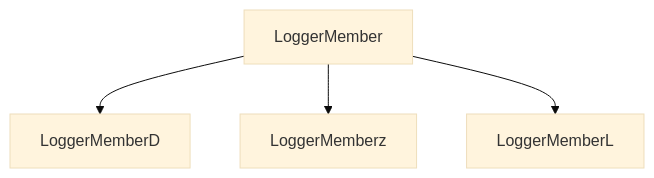
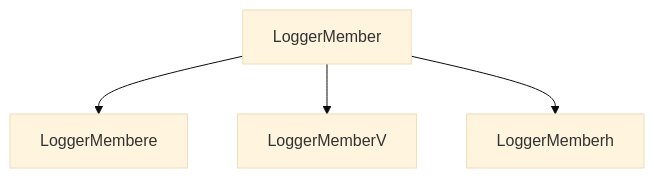
The diagram in mermaid.md (ellementul/uee-core), drawn with Mermaid (base theme) before and after one commit. The commit also changed 6 other files, not shown here.

````diff
--- a/mermaid.md
+++ b/mermaid.md
@@ -1,11 +1,11 @@
 ```mermaid
  flowchart TD
-    HU71EM4ut35dtHx9wOPHZ5Rra46L2N9aRUJMnoux[LoggerMember]
-    DS9Aa0HuF5T7Qs6dbT7cjKpxRHHjeSRVd2bBOs51[LoggerMemberD]
-    zNtYvs7zdtuvVXzmymWFkBThpFi8H6pS5TwRy4Y[LoggerMemberz]
-    LASFDjFndbzfz3poUpaU59cQdoxSXXC49C1nFQek[LoggerMemberL]
+    ygzwxVSd3x9eyhI2Fm76yykSHy2zBIHFHeEIlER[LoggerMember]
+    e913CsdCiw7mwfTnMPCoOj6p4yhfEyqdqSjs0qAp[LoggerMembere]
+    VuPNkgifDuDO29r8WLg73DC6d9uHMDiufupQaJao[LoggerMemberV]
+    hBl24sDZHLaUUFI6ipagvjMbWtUHaGmXfgtupavV[LoggerMemberh]
 
-    HU71EM4ut35dtHx9wOPHZ5Rra46L2N9aRUJMnoux --> DS9Aa0HuF5T7Qs6dbT7cjKpxRHHjeSRVd2bBOs51
-    HU71EM4ut35dtHx9wOPHZ5Rra46L2N9aRUJMnoux --> zNtYvs7zdtuvVXzmymWFkBThpFi8H6pS5TwRy4Y
-    HU71EM4ut35dtHx9wOPHZ5Rra46L2N9aRUJMnoux --> LASFDjFndbzfz3poUpaU59cQdoxSXXC49C1nFQek
+    ygzwxVSd3x9eyhI2Fm76yykSHy2zBIHFHeEIlER --> e913CsdCiw7mwfTnMPCoOj6p4yhfEyqdqSjs0qAp
+    ygzwxVSd3x9eyhI2Fm76yykSHy2zBIHFHeEIlER --> VuPNkgifDuDO29r8WLg73DC6d9uHMDiufupQaJao
+    ygzwxVSd3x9eyhI2Fm76yykSHy2zBIHFHeEIlER --> hBl24sDZHLaUUFI6ipagvjMbWtUHaGmXfgtupavV
 ```
````
